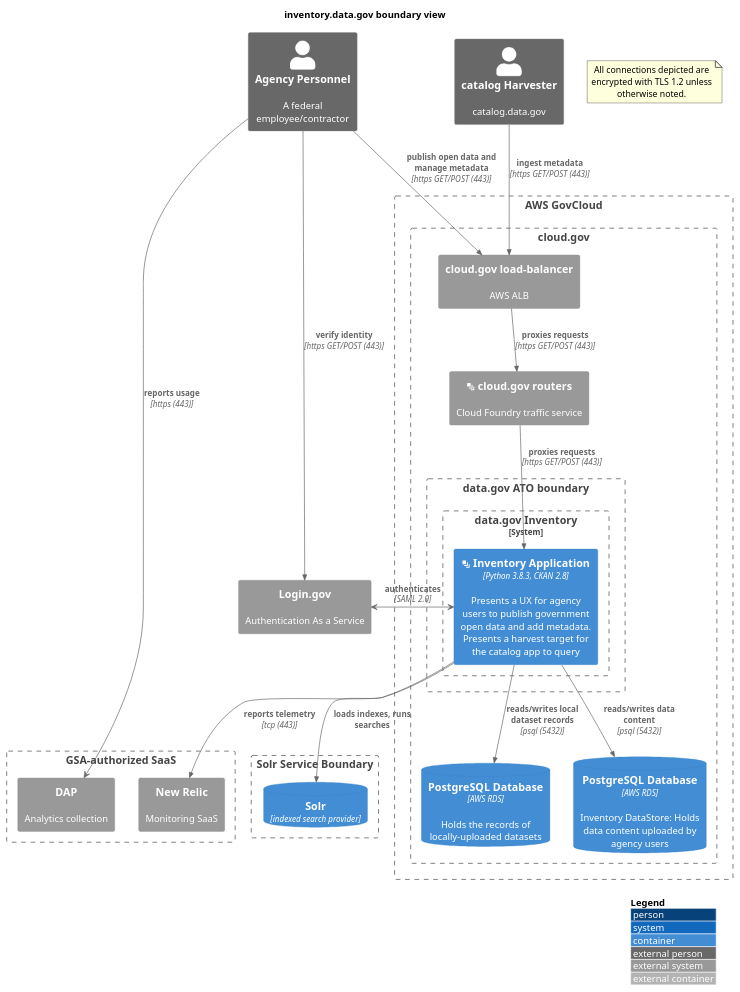
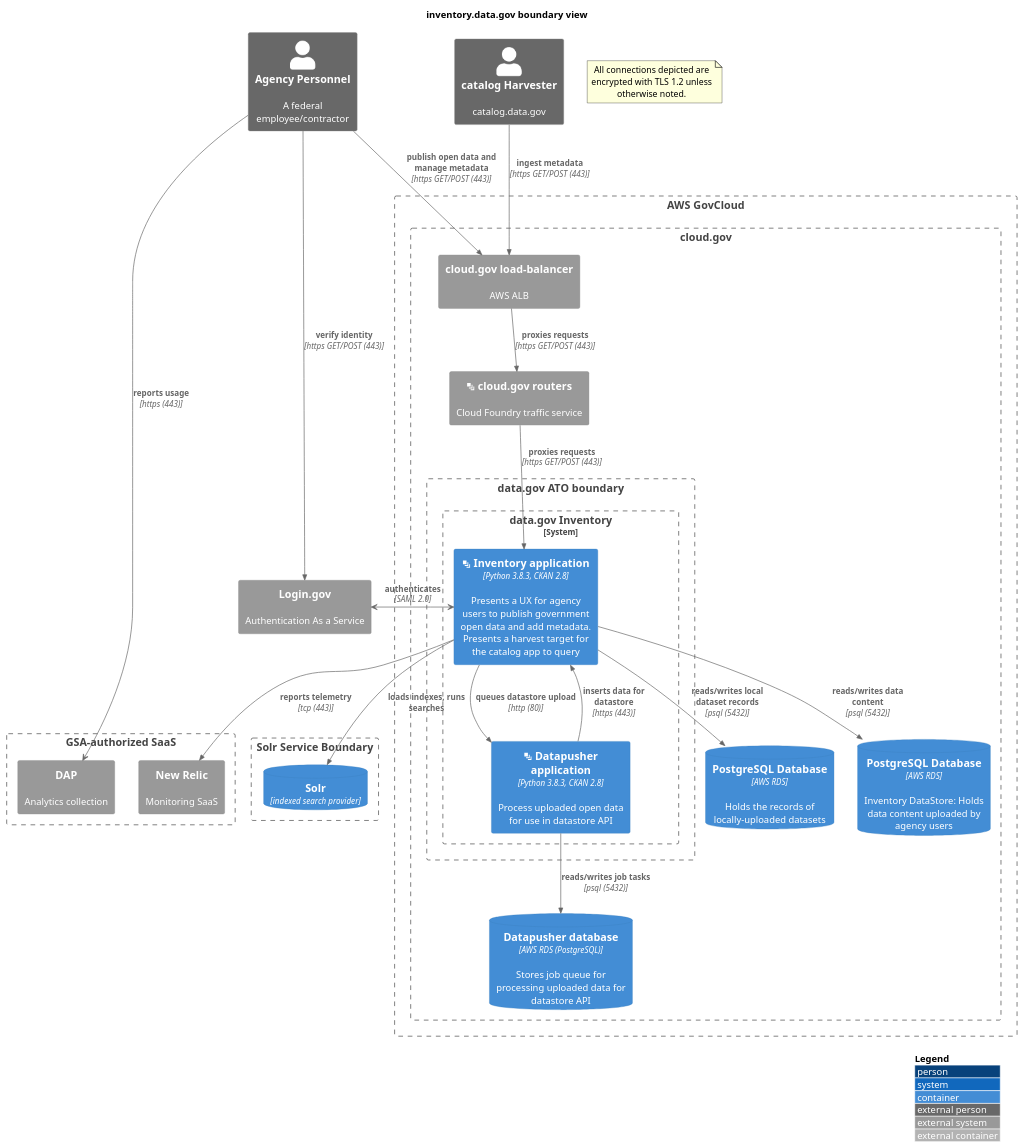
Before and after one commit to GSA/datagov-compliance: the diagram in inventory.md, drawn with PlantUML.

Commit message:
[inventory] add datapusher

````diff
--- a/inventory.md
+++ b/inventory.md
@@ -3,47 +3,52 @@
 ```plantuml
 @startuml
 !include https://raw.githubusercontent.com/plantuml-stdlib/C4-PlantUML/master/C4_Container.puml
 ' uncomment the following line and comment the first to use locally
 ' !include C4_Container.puml
 LAYOUT_WITH_LEGEND()
 title inventory.data.gov boundary view
 Person_Ext(personnel, "Agency Personnel", "A federal employee/contractor")
 Person_Ext(harvester, "catalog Harvester", "catalog.data.gov")
 note as EncryptionNote
 All connections depicted are encrypted with TLS 1.2 unless otherwise noted.
 end note
 Boundary(aws, "AWS GovCloud") {
     Boundary(cloudgov, "cloud.gov") {
         System_Ext(aws_alb, "cloud.gov load-balancer", "AWS ALB")
         System_Ext(cloudgov_router, "<&layers> cloud.gov routers", "Cloud Foundry traffic service")
         Boundary(atob, "data.gov ATO boundary") {
             System_Boundary(inventory, "data.gov Inventory") {
-                Container(inventory_app, "<&layers> Inventory Application", "Python 3.8.3, CKAN 2.8", "Presents a UX for agency users to publish government open data and add metadata. Presents a harvest target for the catalog app to query")
+                Container(inventory_app, "<&layers> Inventory application", "Python 3.8.3, CKAN 2.8", "Presents a UX for agency users to publish government open data and add metadata. Presents a harvest target for the catalog app to query")
+                Container(datapusher_app, "<&layers> Datapusher application", "Python 3.8.3, CKAN 2.8", "Process uploaded open data for use in datastore API")
             }
         }
         ContainerDb(inventory_db, "PostgreSQL Database", "AWS RDS", "Holds the records of locally-uploaded datasets")
         ContainerDb(inventory_s3, "PostgreSQL Database", "AWS RDS", "Inventory DataStore: Holds data content uploaded by agency users")
+        ContainerDb(datapusher_db, "Datapusher database", "AWS RDS (PostgreSQL)", "Stores job queue for processing uploaded data for datastore API")
     }
 }
 System_Ext(Login.gov, "Login.gov", "Authentication As a Service")
 Boundary(gsa_saas, "GSA-authorized SaaS") {
     System_Ext(dap, "DAP", "Analytics collection")
     System_Ext(newrelic, "New Relic", "Monitoring SaaS")
 }
 personnel -> dap : **reports usage** \n//[https (443)]//
 Rel(inventory_app, newrelic, "reports telemetry", "tcp (443)")
+Rel(inventory_app, datapusher_app, "queues datastore upload", "http (80)")
+Rel(datapusher_app, inventory_app, "inserts data for datastore", "https (443)")
 Rel(personnel, aws_alb, "publish open data and manage metadata", "https GET/POST (443)")
 Rel(harvester, aws_alb, "ingest metadata", "https GET/POST (443)")
 Rel(aws_alb, cloudgov_router, "proxies requests", "https GET/POST (443)")
 Rel(cloudgov_router, inventory_app, "proxies requests", "https GET/POST (443)")
 inventory_app <-> Login.gov : **authenticates** \n//[SAML 2.0]//
 'Rel(inventory_app, Login.gov, "authenticates", "SAML 2.0")
 Rel(personnel, Login.gov, "verify identity", "https GET/POST (443)")
 Rel(inventory_app, inventory_db, "reads/writes local dataset records", "psql (5432)")
 Rel(inventory_app, inventory_s3, "reads/writes data content", "psql (5432)")
+Rel(datapusher_app, datapusher_db, "reads/writes job tasks", "psql (5432)")
 Boundary(solrb, "Solr Service Boundary") {
     ContainerDb(solr, "Solr", "indexed search provider")
 }
 Rel(inventory_app, solr, "loads indexes, runs searches")
 @enduml
 ```
````
